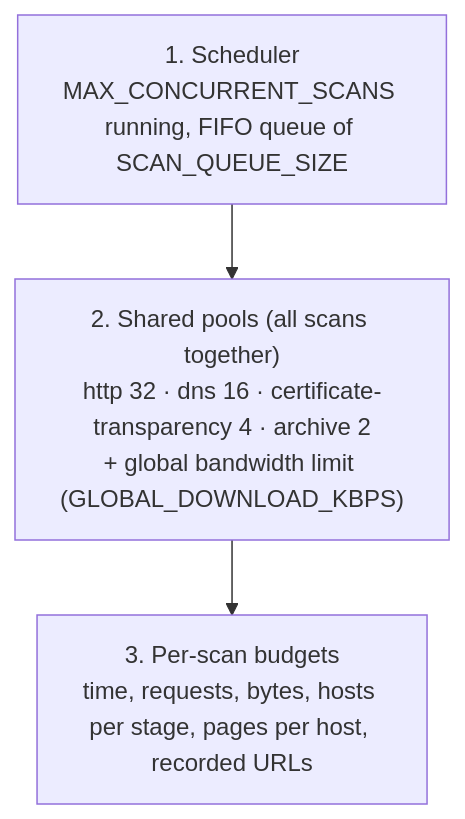
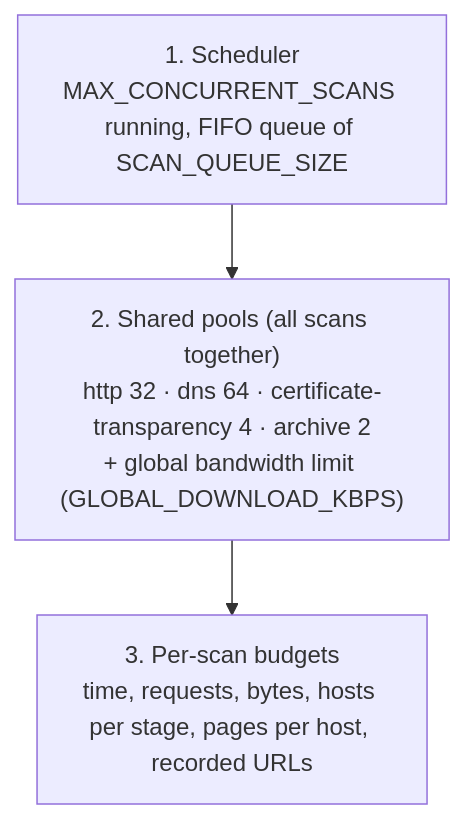
Before and after one commit to anandhuremanan/website_mapper: the third of 3 diagrams in ARCHITECTURE.md, drawn with Mermaid. The commit also changed other lines of this file and 23 other files, not shown here.

````diff
--- a/ARCHITECTURE.md
+++ b/ARCHITECTURE.md
@@ -333,6 +338,6 @@
 ```mermaid
 flowchart TB
     A["1. Scheduler<br/>MAX_CONCURRENT_SCANS running, FIFO queue of SCAN_QUEUE_SIZE"] --> B
-    B["2. Shared pools (all scans together)<br/>http 32 · dns 16 · certificate-transparency 4 · archive 2<br/>+ global bandwidth limit (GLOBAL_DOWNLOAD_KBPS)"] --> C
+    B["2. Shared pools (all scans together)<br/>http 32 · dns 64 · certificate-transparency 4 · archive 2<br/>+ global bandwidth limit (GLOBAL_DOWNLOAD_KBPS)"] --> C
     C["3. Per-scan budgets<br/>time, requests, bytes, hosts per stage, pages per host, recorded URLs"]
 ```
````
